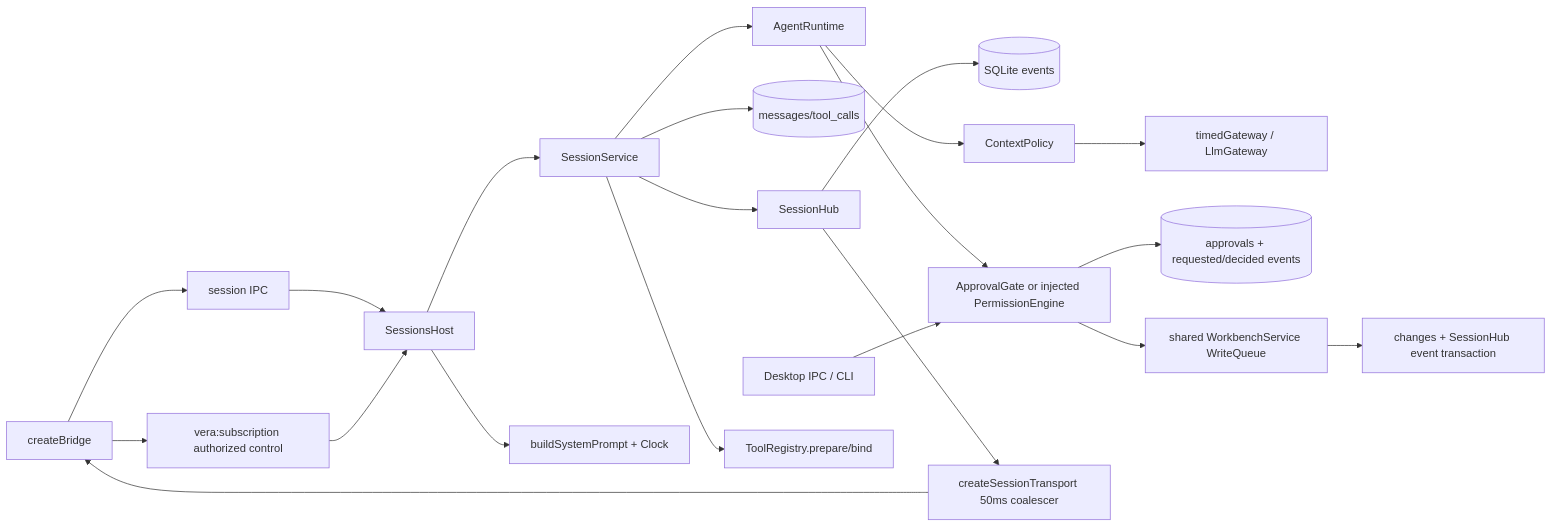
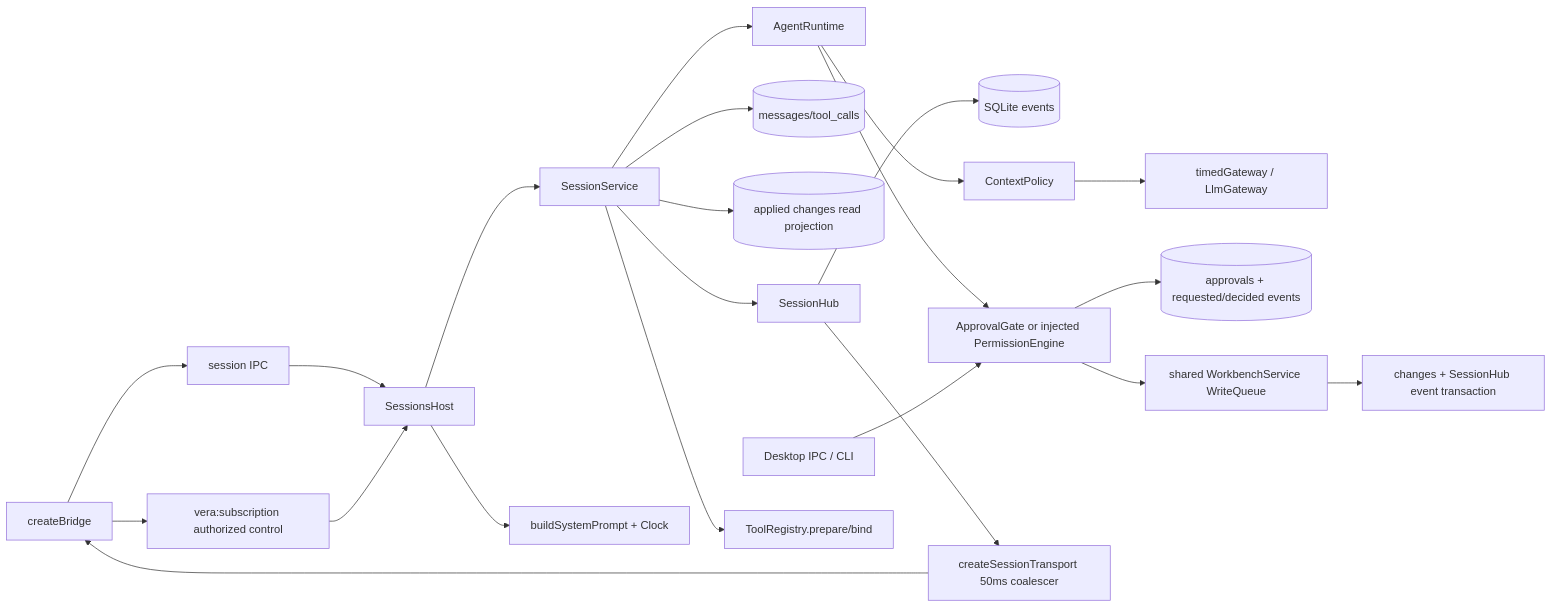
Before and after one commit to DDP-Engineering/2026_Virtual_Embedded_Rig_Assistant: the diagram in .agentic/knowledge/sessions.md, drawn with Mermaid. The commit also changed other lines of this file and 44 other files, not shown here.

````diff
--- a/.agentic/knowledge/sessions.md
+++ b/.agentic/knowledge/sessions.md
@@ -53,23 +54,24 @@
 ```mermaid
 flowchart LR
  bridge[createBridge] --> control[vera:subscription authorized control]
  bridge --> invokes[session IPC]
  invokes --> host[SessionsHost]
  control --> host
  host --> service[SessionService]
  service --> hub[SessionHub]
  hub --> events[(SQLite events)]
  service --> messages[(messages/tool_calls)]
+ service --> completedChanges[(applied changes read projection)]
  service --> runtime[AgentRuntime]
  runtime --> policy[ContextPolicy]
  policy --> gateway[timedGateway / LlmGateway]
  runtime --> permission[ApprovalGate or injected PermissionEngine]
  permission --> approval[(approvals + requested/decided events)]
  decision[Desktop IPC / CLI] --> permission
  permission --> queue[shared WorkbenchService WriteQueue]
  queue --> changes[changes + SessionHub event transaction]
  service --> registry[ToolRegistry.prepare/bind]
  hub --> transport[createSessionTransport 50ms coalescer]
  transport --> bridge
  host --> prompt[buildSystemPrompt + Clock]
 ```
````
